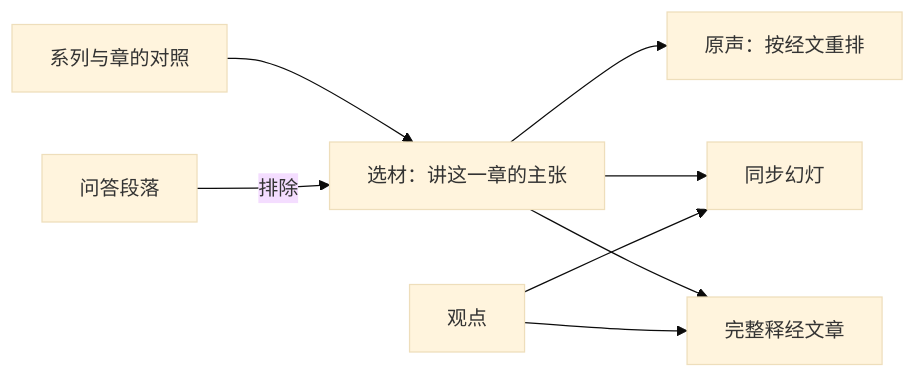
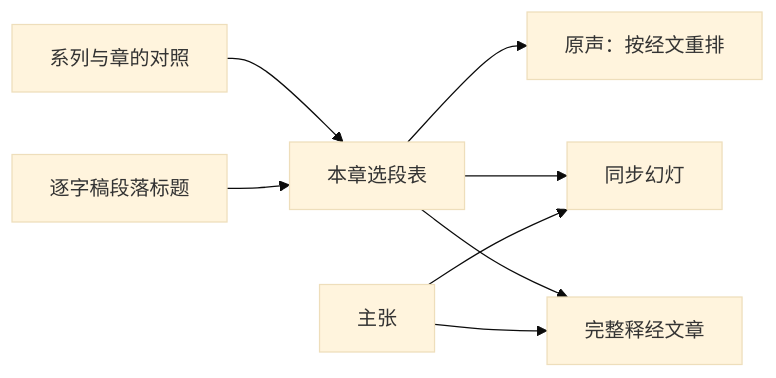
Before and after one commit to junyang168/smart-answer: the diagram in docs/wang-knowledge-platform/30-authoring/matthew_chapter_exposition_page_solution.md, drawn with Mermaid (base theme). The commit also changed other lines of this file, not shown here.

````diff
--- a/docs/wang-knowledge-platform/30-authoring/matthew_chapter_exposition_page_solution.md
+++ b/docs/wang-knowledge-platform/30-authoring/matthew_chapter_exposition_page_solution.md
@@ -63,10 +69,10 @@
 ```mermaid
 flowchart LR
-    SERIES["系列与章的对照"] --> PICK["选材：讲这一章的主张"]
-    QA["问答段落"] -->|排除| PICK
-    PICK --> AUDIO["原声：按经文重排"]
-    PICK --> SLIDES["同步幻灯"]
-    PICK --> ARTICLE["完整释经文章"]
-    CVP["观点"] --> SLIDES
-    CVP --> ARTICLE
+    SERIES["系列与章的对照"] --> SELECT["本章选段表"]
+    HEADINGS["逐字稿段落标题"] --> SELECT
+    SELECT --> AUDIO["原声：按经文重排"]
+    SELECT --> SLIDES["同步幻灯"]
+    SELECT --> ARTICLE["完整释经文章"]
+    CLAIMS["主张"] --> SLIDES
+    CLAIMS --> ARTICLE
 ```
````
